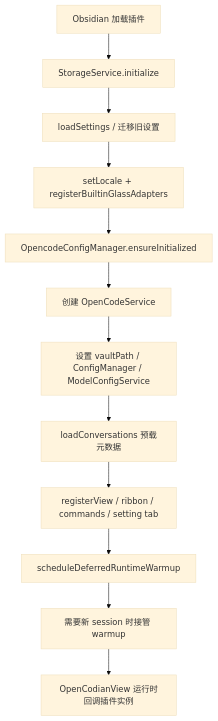
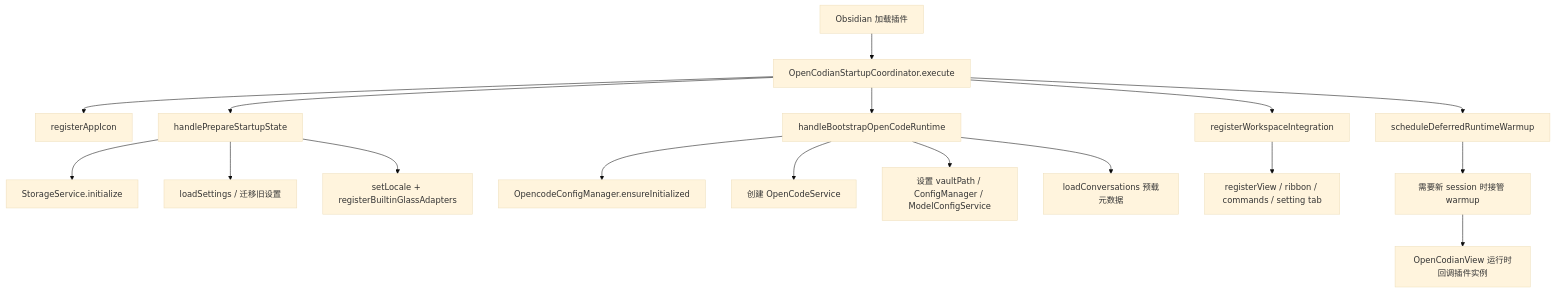
The diagram in docs/modules/entry-point/main.md (OCDcreator/opencodian), drawn with Mermaid (base theme) before and after one commit. The commit also changed other lines of this file and 8 other files, not shown here.

First line of the commit message:
batch-1: extract startup bootstrap into OpenCodianStartupCoordinator

````diff
--- a/docs/modules/entry-point/main.md
+++ b/docs/modules/entry-point/main.md
@@ -189,14 +192,19 @@
 ```mermaid
 graph TD
-    A[Obsidian 加载插件] --> B[StorageService.initialize]
-    B --> C[loadSettings / 迁移旧设置]
-    C --> D[setLocale + registerBuiltinGlassAdapters]
-    D --> E[OpencodeConfigManager.ensureInitialized]
-    E --> F[创建 OpenCodeService]
-    F --> G[设置 vaultPath / ConfigManager / ModelConfigService]
-    G --> H[loadConversations 预载元数据]
-    H --> I[registerView / ribbon / commands / setting tab]
-    I --> J[scheduleDeferredRuntimeWarmup]
-    J --> K[需要新 session 时接管 warmup]
-    K --> L[OpenCodianView 运行时回调插件实例]
+    A[Obsidian 加载插件] --> B[OpenCodianStartupCoordinator.execute]
+    B --> C[registerAppIcon]
+    B --> D[handlePrepareStartupState]
+    D --> D1[StorageService.initialize]
+    D --> D2[loadSettings / 迁移旧设置]
+    D --> D3[setLocale + registerBuiltinGlassAdapters]
+    B --> E[handleBootstrapOpenCodeRuntime]
+    E --> E1[OpencodeConfigManager.ensureInitialized]
+    E --> E2[创建 OpenCodeService]
+    E --> E3[设置 vaultPath / ConfigManager / ModelConfigService]
+    E --> E4[loadConversations 预载元数据]
+    B --> F[registerWorkspaceIntegration]
+    F --> F1[registerView / ribbon / commands / setting tab]
+    B --> G[scheduleDeferredRuntimeWarmup]
+    G --> H[需要新 session 时接管 warmup]
+    H --> I[OpenCodianView 运行时回调插件实例]
 ```
````
